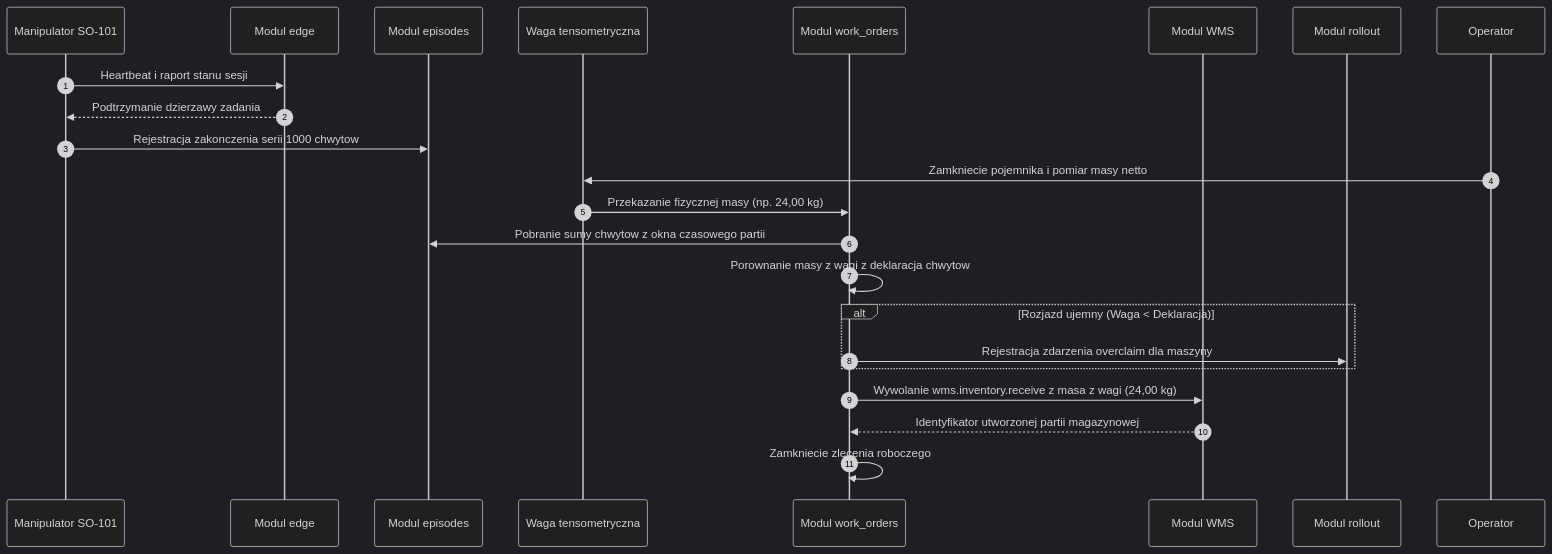
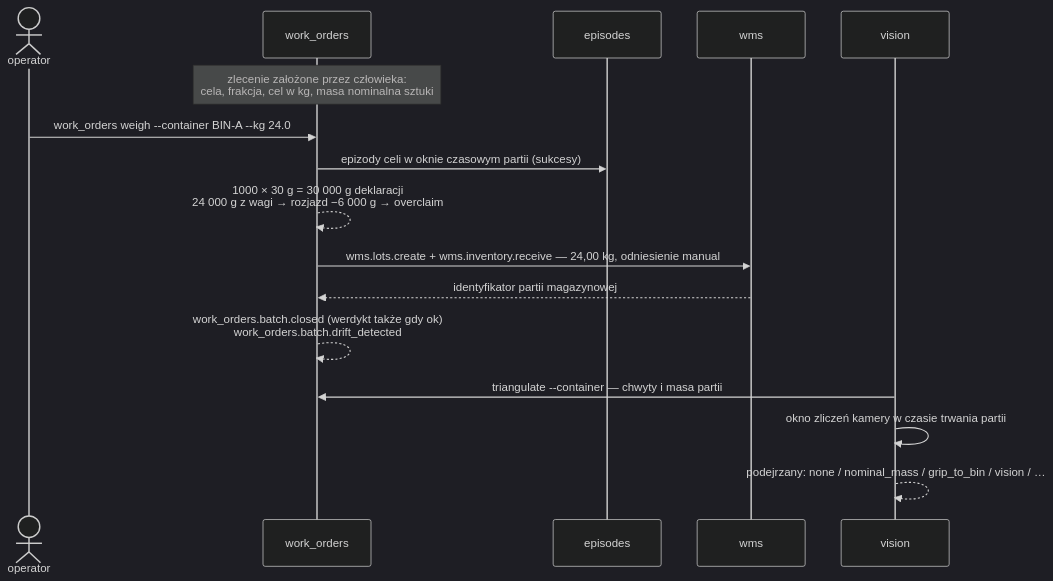
One commit to machinekind/openmercato_garbagekind changed the fifth of 6 diagrams in README.md. Above: the diagram before and after it, drawn with Mermaid (dark theme). The commit also changed other lines of this file, not shown here.

First line of the commit message:
README: struktura projektu i schematy komunikacji między modułami

````diff
--- a/README.md
+++ b/README.md
@@ -234,25 +350,19 @@
 ```mermaid
 sequenceDiagram
-    autonumber
-    participant Robot as Manipulator SO-101
-    participant Edge as Modul edge
-    participant Episodes as Modul episodes
-    participant Waga as Waga tensometryczna
-    participant WO as Modul work_orders
-    participant WMS as Modul WMS
-    participant Rollout as Modul rollout
+    actor O as operator
+    participant WO as work_orders
+    participant E as episodes
+    participant WMS as wms
+    participant V as vision
 
-    Robot->>Edge: Heartbeat i raport stanu sesji
-    Edge-->>Robot: Podtrzymanie dzierzawy zadania
-    Robot->>Episodes: Rejestracja zakonczenia serii 1000 chwytow
-    Operator->>Waga: Zamkniecie pojemnika i pomiar masy netto
-    Waga->>WO: Przekazanie fizycznej masy (np. 24,00 kg)
-    WO->>Episodes: Pobranie sumy chwytow z okna czasowego partii
-    WO->>WO: Porownanie masy z wagi z deklaracja chwytow
-    alt Rozjazd ujemny (Waga < Deklaracja)
-        WO->>Rollout: Rejestracja zdarzenia overclaim dla maszyny
-    end
-    WO->>WMS: Wywolanie wms.inventory.receive z masa z wagi (24,00 kg)
-    WMS-->>WO: Identyfikator utworzonej partii magazynowej
-    WO->>WO: Zamkniecie zlecenia roboczego
+    Note over WO: zlecenie założone przez człowieka:<br/>cela, frakcja, cel w kg, masa nominalna sztuki
+    O->>WO: work_orders weigh --container BIN-A --kg 24.0
+    WO->>E: epizody celi w oknie czasowym partii (sukcesy)
+    WO-->>WO: 1000 × 30 g = 30 000 g deklaracji<br/>24 000 g z wagi → rozjazd −6 000 g → overclaim
+    WO->>WMS: wms.lots.create + wms.inventory.receive — 24,00 kg, odniesienie manual
+    WMS-->>WO: identyfikator partii magazynowej
+    WO-->>WO: work_orders.batch.closed (werdykt także gdy ok)<br/>work_orders.batch.drift_detected
+    V->>WO: triangulate --container — chwyty i masa partii
+    V->>V: okno zliczeń kamery w czasie trwania partii
+    V-->>V: podejrzany: none / nominal_mass / grip_to_bin / vision / …
 ```
````
